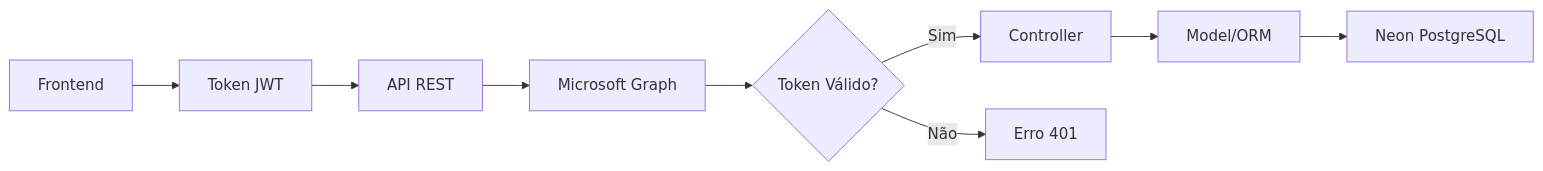
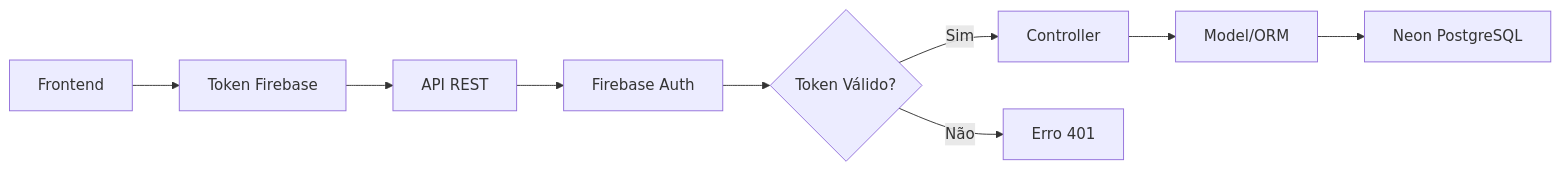
One commit to Mosfet04/PythonPet changed the second of 2 diagrams in README.md. Above: the diagram before and after it, drawn with Mermaid. The commit also changed other lines of this file and 6 other files, not shown here.

````diff
--- a/README.md
+++ b/README.md
@@ -261,11 +354,11 @@
 ```mermaid
 graph LR
-    A[Frontend] --> B[Token JWT]
+    A[Frontend] --> B[Token Firebase]
     B --> C[API REST]
-    C --> D[Microsoft Graph]
+    C --> D[Firebase Auth]
     D --> E{Token Válido?}
     E -->|Sim| F[Controller]
     E -->|Não| G[Erro 401]
     F --> H[Model/ORM]
     H --> I[Neon PostgreSQL]
 ```
````
